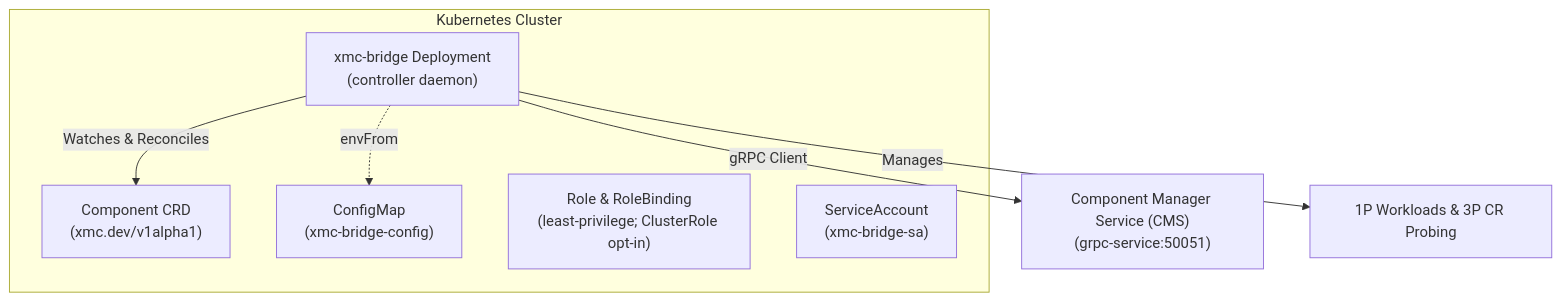
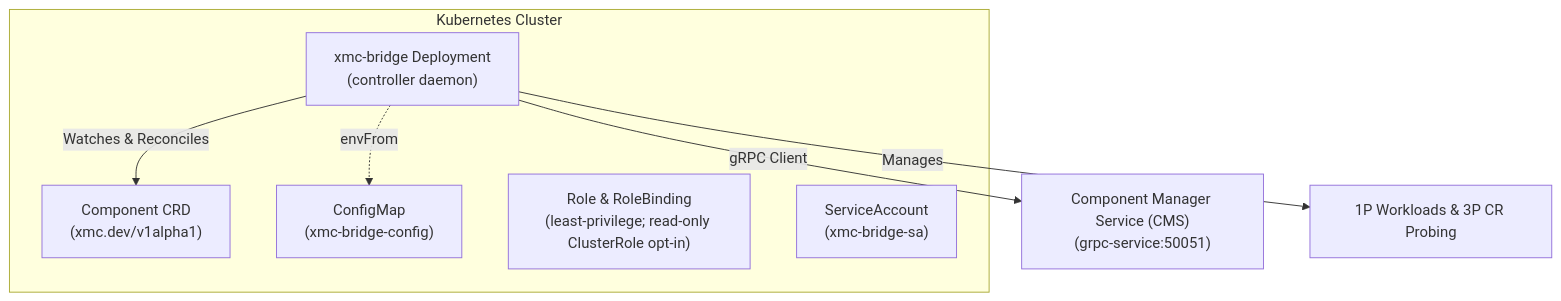
One commit to google/xmc changed the diagram in cmd/xmc_bridge/README.md. Above: the diagram before and after it, drawn with Mermaid. The commit also changed other lines of this file and 5 other files, not shown here.

First line of the commit message:
fix(components): keep xmc-bridge-role namespaced; clusterScope is read-only

````diff
--- a/cmd/xmc_bridge/README.md
+++ b/cmd/xmc_bridge/README.md
@@ -9,15 +9,15 @@
 ```mermaid
 graph TD
     subgraph Kubernetes["Kubernetes Cluster"]
         CRD["Component CRD<br>(xmc.dev/v1alpha1)"]
         Deploy["xmc-bridge Deployment<br>(controller daemon)"]
         CM["ConfigMap<br>(xmc-bridge-config)"]
-        RBAC["Role & RoleBinding<br>(least-privilege; ClusterRole opt-in)"]
+        RBAC["Role & RoleBinding<br>(least-privilege; read-only ClusterRole opt-in)"]
         SA["ServiceAccount<br>(xmc-bridge-sa)"]
     end
 
     Deploy -.->|"envFrom"| CM
     Deploy -->|"Watches & Reconciles"| CRD
     Deploy -->|"gRPC Client"| CMS["Component Manager Service (CMS)<br>(grpc-service:50051)"]
     Deploy -->|"Manages"| Workloads["1P Workloads & 3P CR Probing"]
 ```
````
